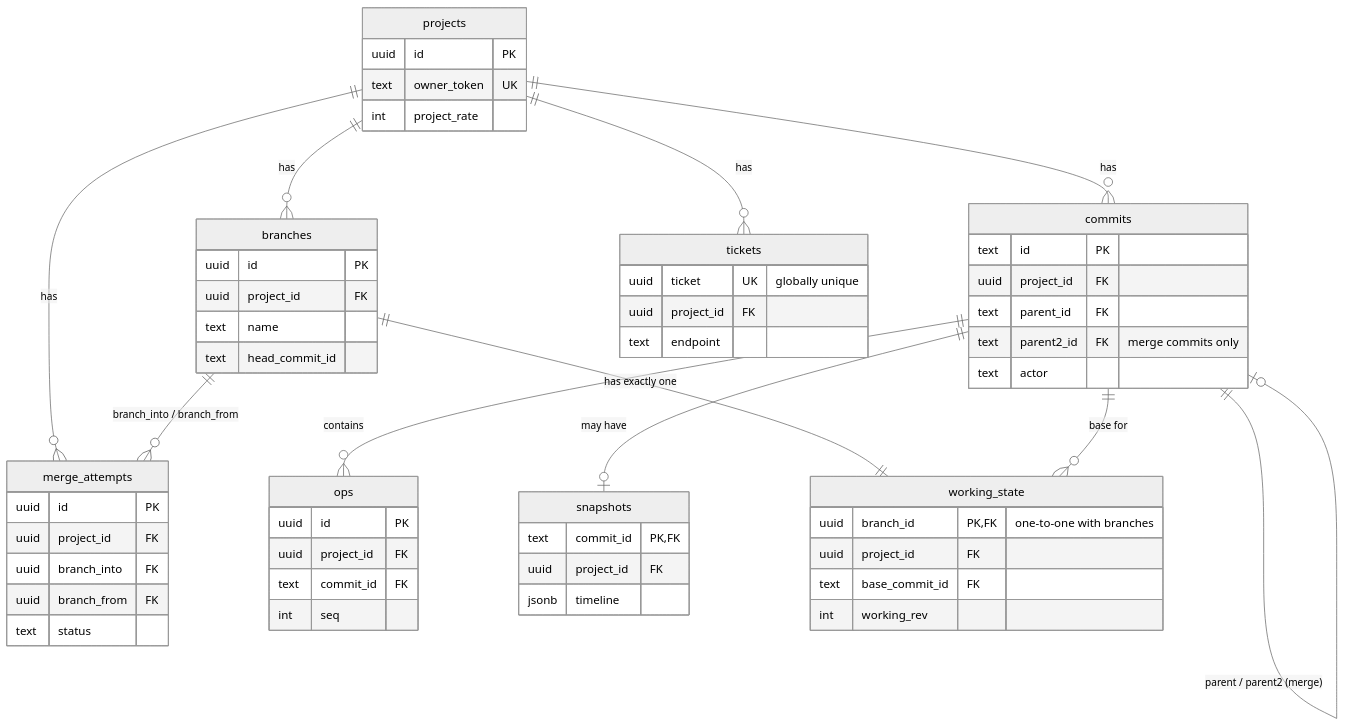
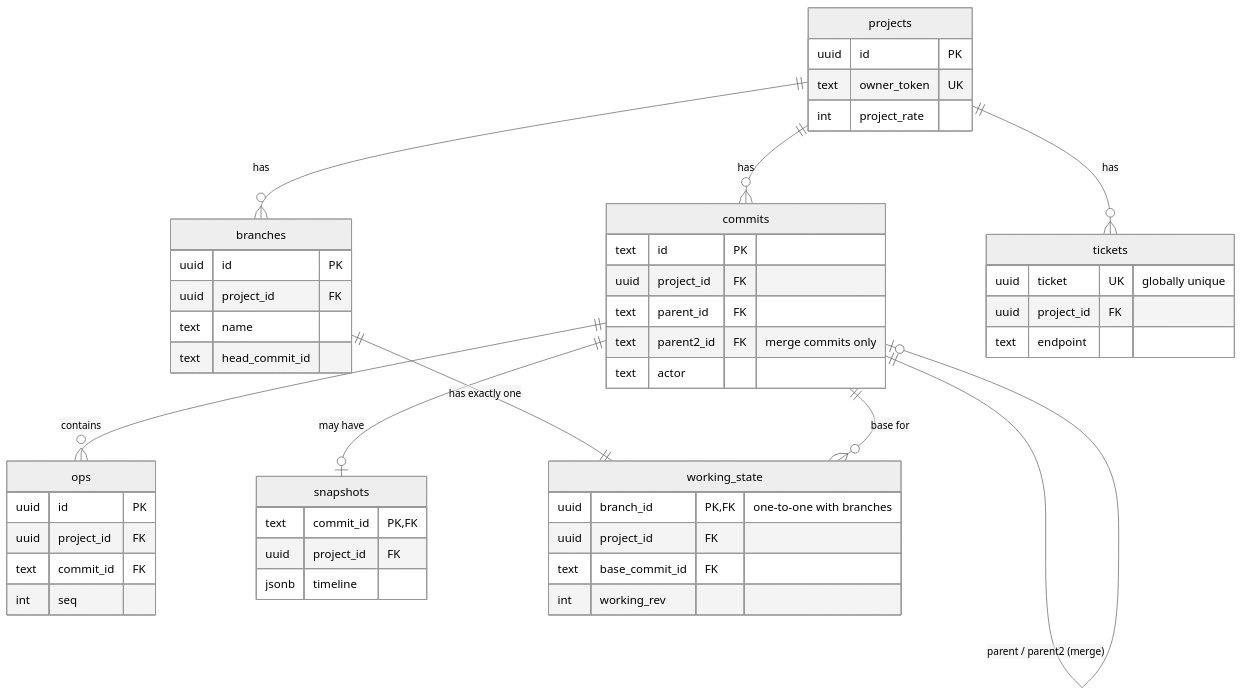
Before and after one commit to Adityalingwal/framebranch: the diagram in docs/LLD.md, drawn with Mermaid (neutral theme). The commit also changed other lines of this file and 5 other files, not shown here.

````diff
--- a/docs/LLD.md
+++ b/docs/LLD.md
@@ -73,61 +72,52 @@
 ```mermaid
 erDiagram
     projects ||--o{ branches : "has"
     projects ||--o{ commits : "has"
-    projects ||--o{ merge_attempts : "has"
     projects ||--o{ tickets : "has"
     commits ||--o{ ops : "contains"
     commits ||--o| snapshots : "may have"
     commits ||--o| commits : "parent / parent2 (merge)"
     branches ||--|| working_state : "has exactly one"
     commits ||--o{ working_state : "base for"
-    branches ||--o{ merge_attempts : "branch_into / branch_from"
 
     projects {
         uuid id PK
         text owner_token UK
         int project_rate
     }
     branches {
         uuid id PK
         uuid project_id FK
         text name
         text head_commit_id
     }
     commits {
         text id PK
         uuid project_id FK
         text parent_id FK
         text parent2_id FK "merge commits only"
         text actor
     }
     ops {
         uuid id PK
         uuid project_id FK
         text commit_id FK
         int seq
     }
     snapshots {
         text commit_id PK,FK
         uuid project_id FK
         jsonb timeline
     }
     working_state {
         uuid branch_id PK,FK "one-to-one with branches"
         uuid project_id FK
         text base_commit_id FK
         int working_rev
     }
-    merge_attempts {
-        uuid id PK
-        uuid project_id FK
-        uuid branch_into FK
-        uuid branch_from FK
-        text status
-    }
     tickets {
         uuid ticket UK "globally unique"
         uuid project_id FK
         text endpoint
     }
 ```
````
